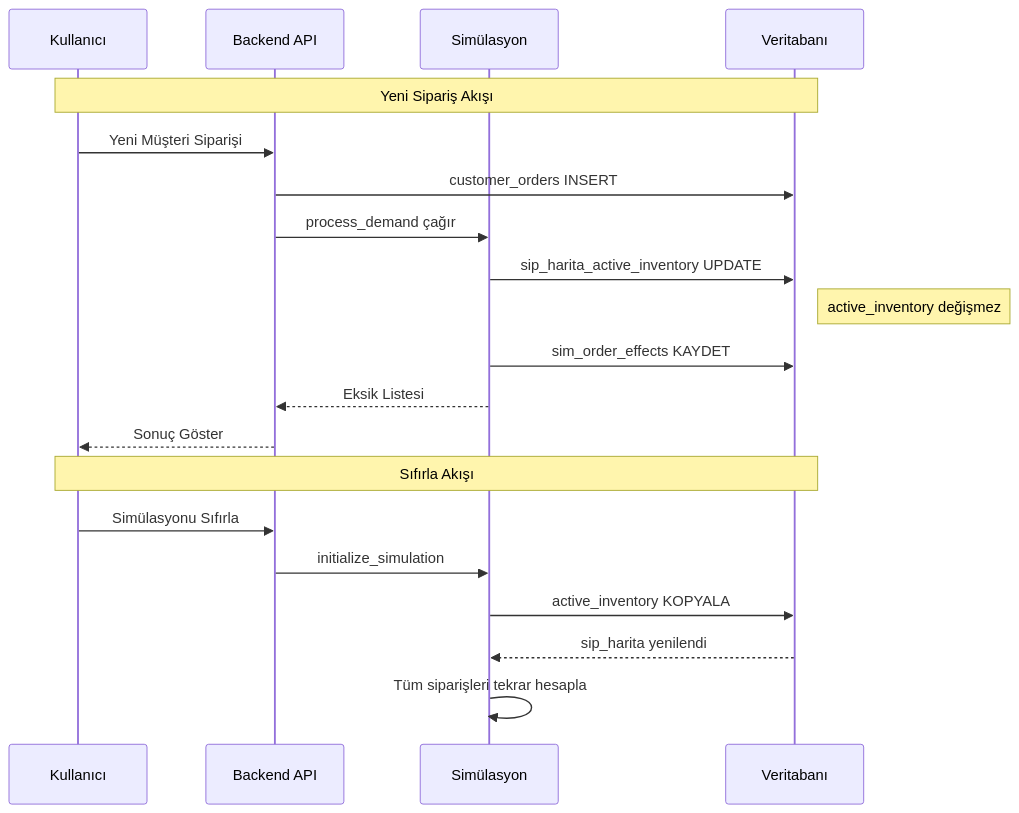
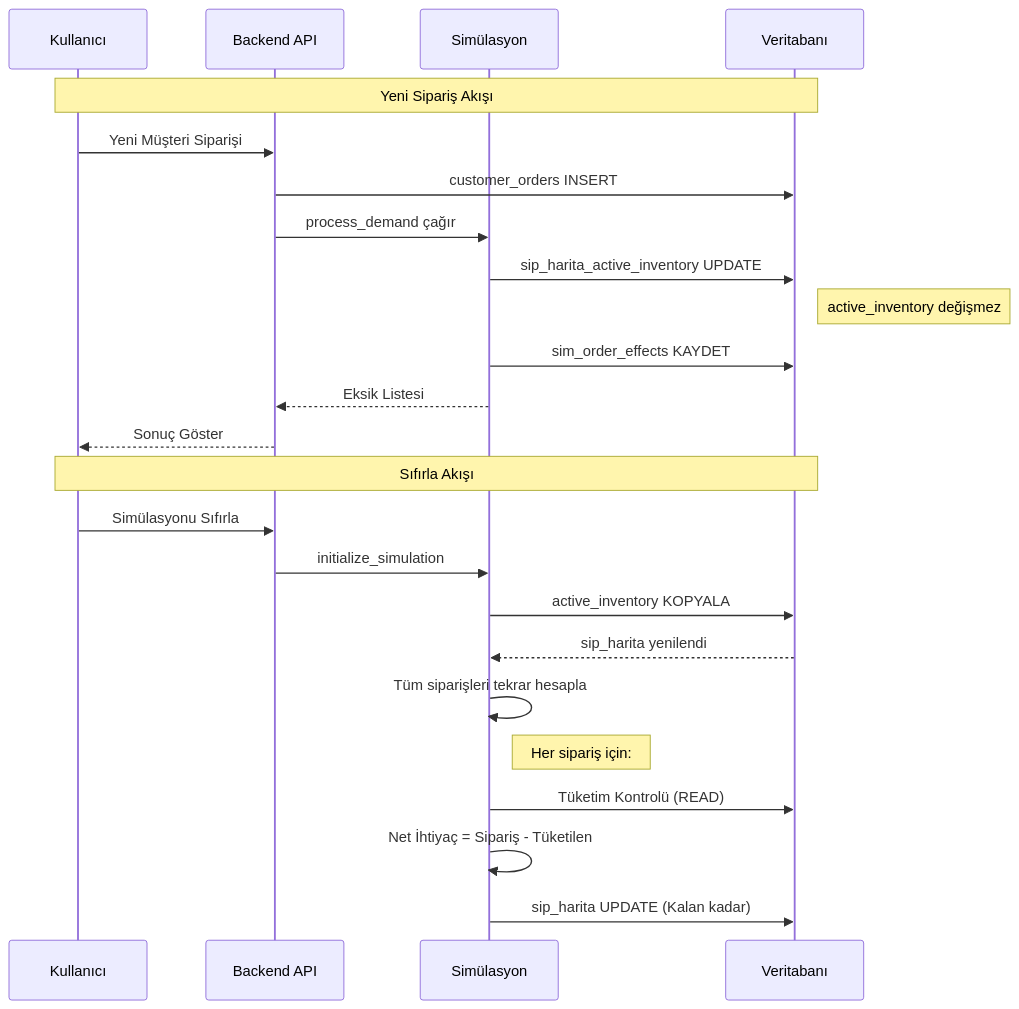
One commit to ozkaleutku/AIERP_V1.1.1 changed the second of 8 diagrams in AI_ML_SSL_MRP_V1.1.1/system_documentation/technical_reference/ORDER_MAPPING_PROCESS.md. Above: the diagram before and after it, drawn with Mermaid. The commit also changed other lines of this file and 11 other files, not shown here.

````diff
--- a/AI_ML_SSL_MRP_V1.1.1/system_documentation/technical_reference/ORDER_MAPPING_PROCESS.md
+++ b/AI_ML_SSL_MRP_V1.1.1/system_documentation/technical_reference/ORDER_MAPPING_PROCESS.md
@@ -72,24 +74,28 @@
 ```mermaid
 sequenceDiagram
     participant U as Kullanıcı
     participant API as Backend API
     participant SIM as Simülasyon
     participant DB as Veritabanı
 
     Note over U,DB: Yeni Sipariş Akışı
     U->>API: Yeni Müşteri Siparişi
     API->>DB: customer_orders INSERT
     API->>SIM: process_demand çağır
     SIM->>DB: sip_harita_active_inventory UPDATE
     Note right of DB: active_inventory değişmez
     SIM->>DB: sim_order_effects KAYDET
     SIM-->>API: Eksik Listesi
     API-->>U: Sonuç Göster
 
     Note over U,DB: Sıfırla Akışı
     U->>API: Simülasyonu Sıfırla
     API->>SIM: initialize_simulation
     SIM->>DB: active_inventory KOPYALA
     DB-->>SIM: sip_harita yenilendi
     SIM->>SIM: Tüm siparişleri tekrar hesapla
+    Note right of SIM: Her sipariş için:
+    SIM->>DB: Tüketim Kontrolü (READ)
+    SIM->>SIM: Net İhtiyaç = Sipariş - Tüketilen
+    SIM->>DB: sip_harita UPDATE (Kalan kadar)
 ```
````
